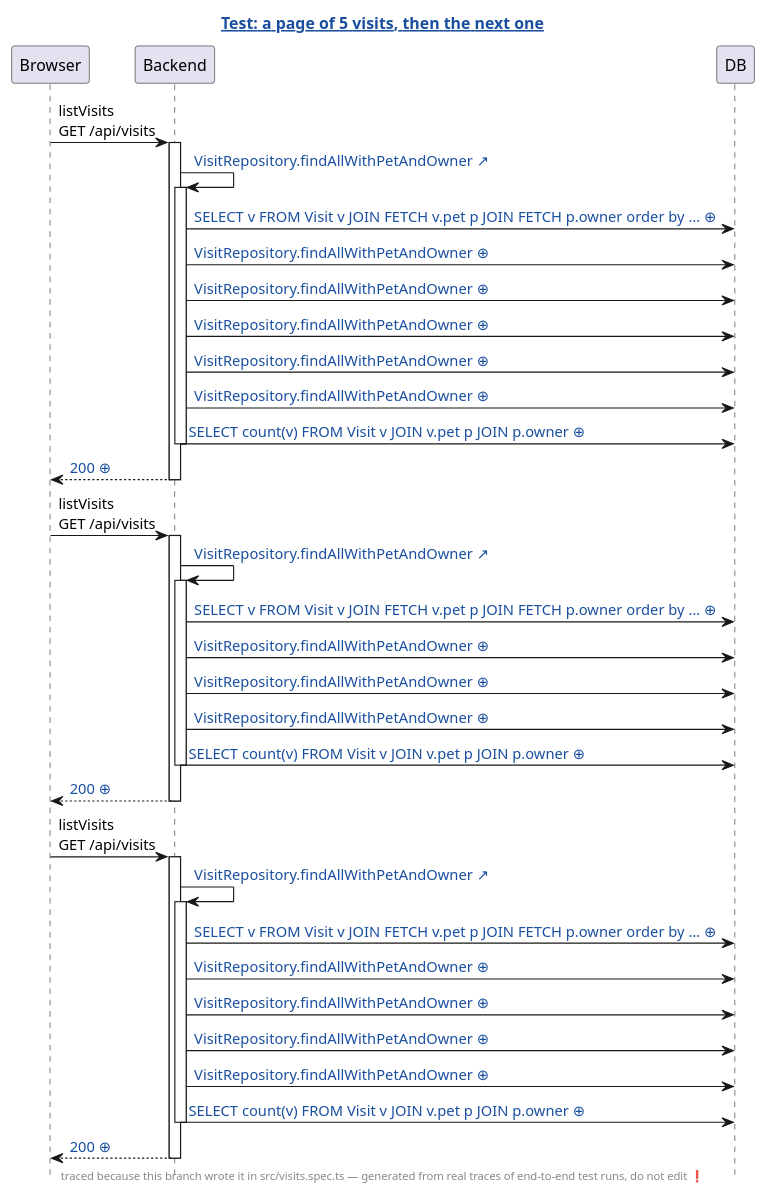
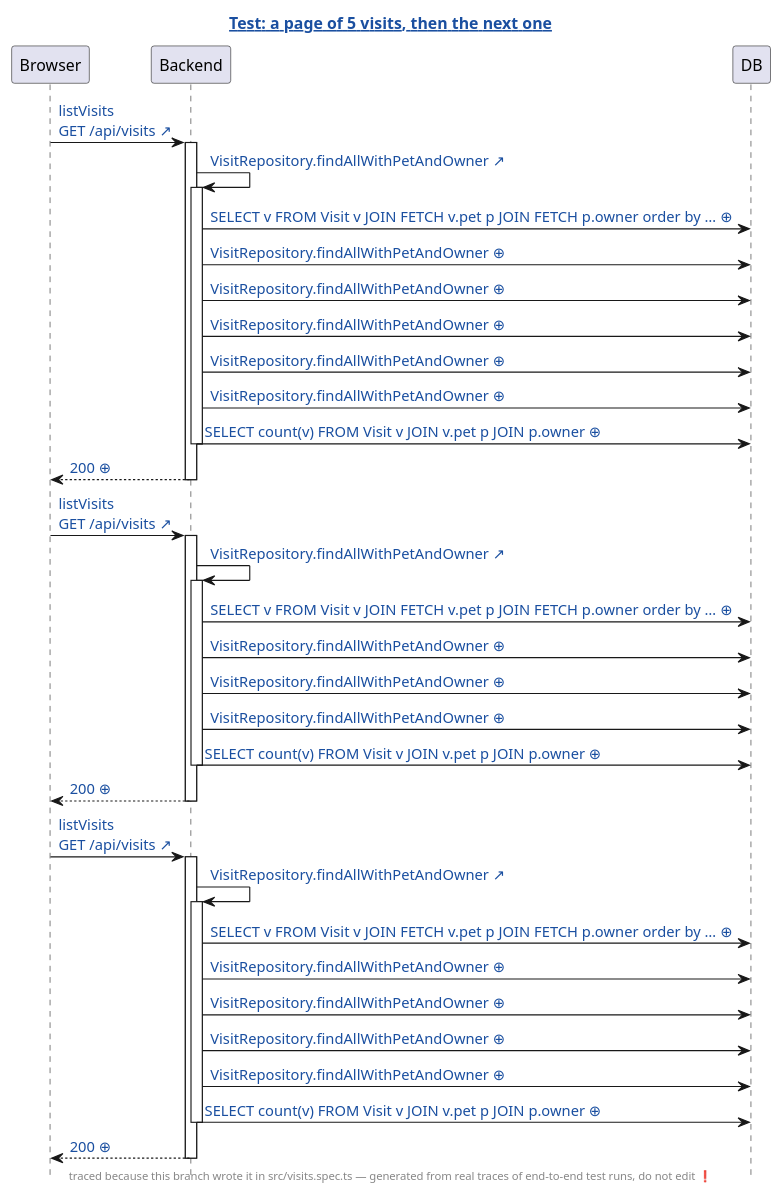
Before and after one commit to victorrentea/human-review: the diagram in demo/demo2/assets/diagrams/petclinic-test_generated_visits.spec.ts.a-page-of-5-visits-then-the-next-one.genseq.diff.puml, drawn with PlantUML. The commit also changed 130 other files, not shown here.

```diff
--- a/demo/demo2/assets/diagrams/petclinic-test_generated_visits.spec.ts.a-page-of-5-visits-then-the-next-one.genseq.diff.puml
+++ b/demo/demo2/assets/diagrams/petclinic-test_generated_visits.spec.ts.a-page-of-5-visits-then-the-next-one.genseq.diff.puml
@@ -1,52 +1,52 @@
 @startuml
 ' ⚠️  GENERATED FILE — DO NOT EDIT. Every edit is lost on the next run.
 hide footbox
 skinparam hyperlinkUnderline false
 skinparam hyperlinkColor #1A4FA0
 skinparam sequenceGroupFontColor #888888
 skinparam sequenceGroupFontStyle plain
 title [[src://petclinic-test/src/visits.spec.ts:58{Click to open the test} Test: a page of 5 visits, then the next one]]
 footer traced because this branch wrote it in src/visits.spec.ts — generated from real traces of end-to-end test runs, do not edit ❗
 participant Browser
 participant Backend
 participant DB
-Browser -> Backend: listVisits\nGET /api/visits
+Browser -> Backend: [[src://petclinic-frontend/src/app/visits/visits-page/visits-page.component.ts:50{Click to open the line that sent this request: visits-page.component.ts:50} listVisits\nGET /api/visits ↗]]
 activate Backend
 Backend -> Backend: [[src://petclinic-backend/src/main/java/victor/training/petclinic/repository/VisitRepository.java:22{Click to open VisitRepository.findAllWithPetAndOwner} VisitRepository.findAllWithPetAndOwner ↗]]
 activate Backend
 Backend -> DB: [[genseq://114roce{Click for the statement behind this call} SELECT v FROM Visit v JOIN FETCH v.pet p JOIN FETCH p.owner order by … ⊕]]
 Backend -> DB: [[genseq://070fg5f{Click for the statement behind this call} VisitRepository.findAllWithPetAndOwner ⊕]]
 Backend -> DB: [[genseq://0xm9qzg{Click for the statement behind this call} VisitRepository.findAllWithPetAndOwner ⊕]]
 Backend -> DB: [[genseq://1heb9yw{Click for the statement behind this call} VisitRepository.findAllWithPetAndOwner ⊕]]
 Backend -> DB: [[genseq://094wceq{Click for the statement behind this call} VisitRepository.findAllWithPetAndOwner ⊕]]
 Backend -> DB: [[genseq://0cvbten{Click for the statement behind this call} VisitRepository.findAllWithPetAndOwner ⊕]]
 Backend -> DB: [[genseq://0gohwr7{Click for the statement behind this call} SELECT count(v) FROM Visit v JOIN v.pet p JOIN p.owner ⊕]]
 deactivate Backend
 Backend --> Browser: [[genseq://1gl89nl{Click for this call’s JSON body} 200 ⊕]]
 deactivate Backend
-Browser -> Backend: listVisits\nGET /api/visits
+Browser -> Backend: [[src://petclinic-frontend/src/app/visits/visits-page/visits-page.component.ts:59{Click to open the line that sent this request: visits-page.component.ts:86 ← visits-page.component.ts:59 ← visits-page.component.html:38} listVisits\nGET /api/visits ↗]]
 activate Backend
 Backend -> Backend: [[src://petclinic-backend/src/main/java/victor/training/petclinic/repository/VisitRepository.java:22{Click to open VisitRepository.findAllWithPetAndOwner} VisitRepository.findAllWithPetAndOwner ↗]]
 activate Backend
 Backend -> DB: [[genseq://02yhodo{Click for the statement behind this call} SELECT v FROM Visit v JOIN FETCH v.pet p JOIN FETCH p.owner order by … ⊕]]
 Backend -> DB: [[genseq://070fg5f{Click for the statement behind this call} VisitRepository.findAllWithPetAndOwner ⊕]]
 Backend -> DB: [[genseq://0xm9qzg{Click for the statement behind this call} VisitRepository.findAllWithPetAndOwner ⊕]]
 Backend -> DB: [[genseq://1heb9yw{Click for the statement behind this call} VisitRepository.findAllWithPetAndOwner ⊕]]
 Backend -> DB: [[genseq://0gohwr7{Click for the statement behind this call} SELECT count(v) FROM Visit v JOIN v.pet p JOIN p.owner ⊕]]
 deactivate Backend
 Backend --> Browser: [[genseq://0xfw4pf{Click for this call’s JSON body} 200 ⊕]]
 deactivate Backend
-Browser -> Backend: listVisits\nGET /api/visits
+Browser -> Backend: [[src://petclinic-frontend/src/app/visits/visits-page/visits-page.component.ts:59{Click to open the line that sent this request: visits-page.component.ts:86 ← visits-page.component.ts:59 ← visits-page.component.html:38} listVisits\nGET /api/visits ↗]]
 activate Backend
 Backend -> Backend: [[src://petclinic-backend/src/main/java/victor/training/petclinic/repository/VisitRepository.java:22{Click to open VisitRepository.findAllWithPetAndOwner} VisitRepository.findAllWithPetAndOwner ↗]]
 activate Backend
 Backend -> DB: [[genseq://126qy94{Click for the statement behind this call} SELECT v FROM Visit v JOIN FETCH v.pet p JOIN FETCH p.owner order by … ⊕]]
 Backend -> DB: [[genseq://094wceq{Click for the statement behind this call} VisitRepository.findAllWithPetAndOwner ⊕]]
 Backend -> DB: [[genseq://0xm9qzg{Click for the statement behind this call} VisitRepository.findAllWithPetAndOwner ⊕]]
 Backend -> DB: [[genseq://0cvbten{Click for the statement behind this call} VisitRepository.findAllWithPetAndOwner ⊕]]
 Backend -> DB: [[genseq://070fg5f{Click for the statement behind this call} VisitRepository.findAllWithPetAndOwner ⊕]]
 Backend -> DB: [[genseq://0gohwr7{Click for the statement behind this call} SELECT count(v) FROM Visit v JOIN v.pet p JOIN p.owner ⊕]]
 deactivate Backend
 Backend --> Browser: [[genseq://1su7rdl{Click for this call’s JSON body} 200 ⊕]]
 deactivate Backend
 @enduml
```
